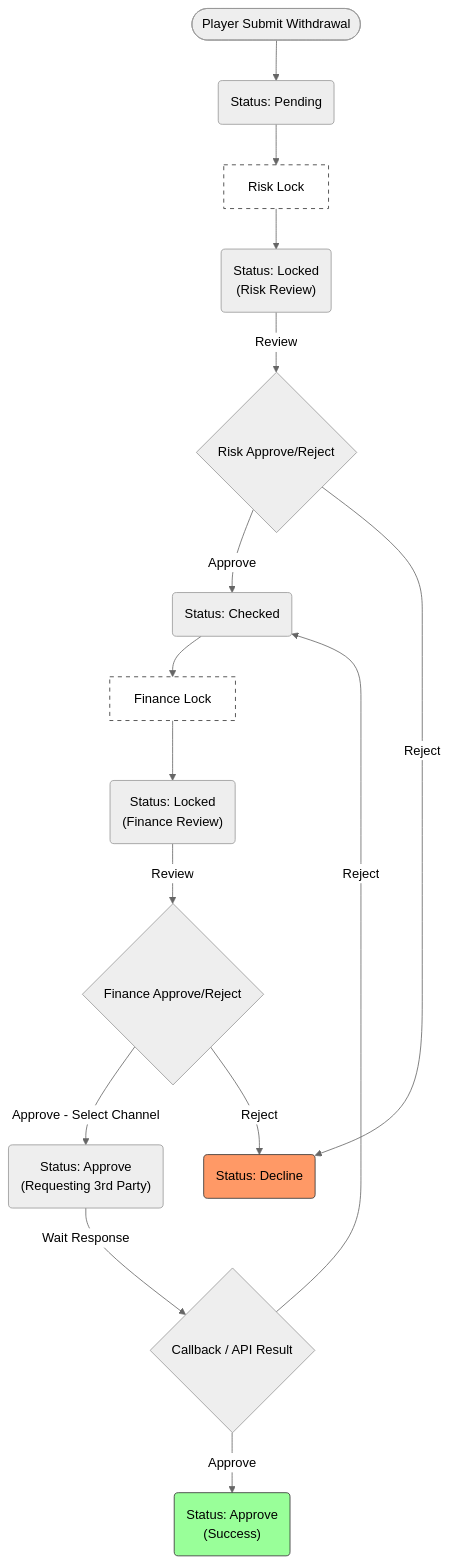
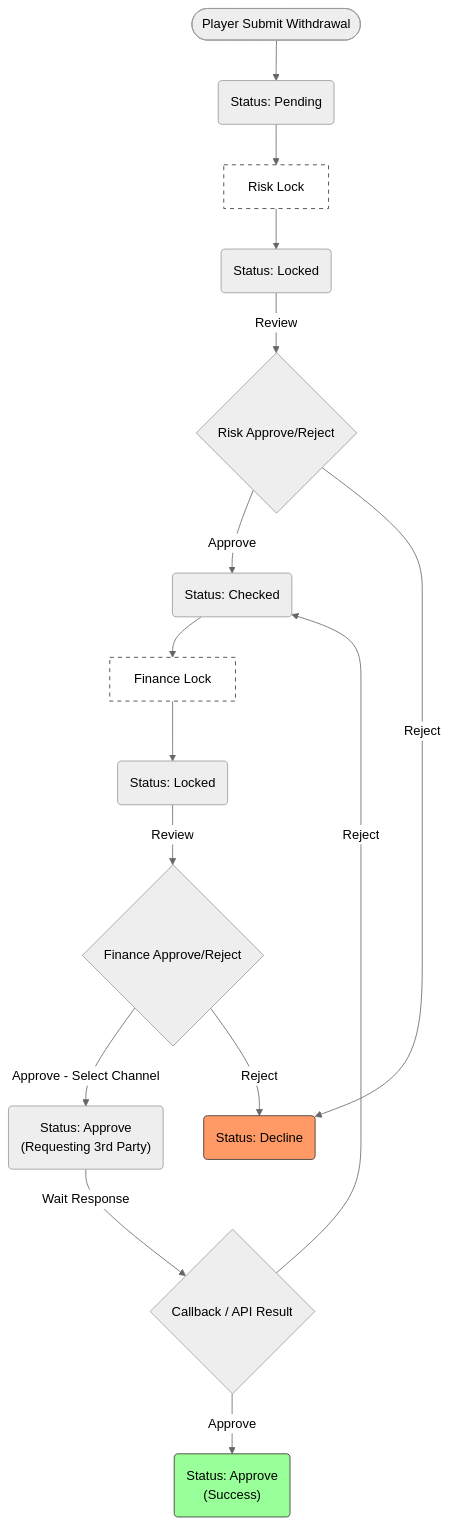
One commit to almightyken0425/SuSuGiGiSpec changed the first of 2 diagrams in no99_archive/sitflowchart.md. Above: the diagram before and after it, drawn with Mermaid (neutral theme). The commit also changed other lines of this file, not shown here.

````diff
--- a/no99_archive/sitflowchart.md
+++ b/no99_archive/sitflowchart.md
@@ -29,50 +29,50 @@
 ```mermaid
 graph TD
     %% 節點定義
     Start(["Player Submit Withdrawal"])
     Pending("Status: Pending")
     
     RiskLockActionBox["Risk Lock"]
-    RiskLock("Status: Locked<br/>(Risk Review)")
+    RiskLock("Status: Locked")
     
     RiskAction{"Risk Approve/Reject"}
     Checked("Status: Checked")
     
     FinanceLockActionBox["Finance Lock"]
-    FinanceLock("Status: Locked<br/>(Finance Review)")
+    FinanceLock("Status: Locked")
     
     FinanceAction{"Finance Approve/Reject"}
     ApproveReq("Status: Approve<br/>(Requesting 3rd Party)")
     Decline("Status: Decline")
     Success("Status: Approve<br/>(Success)")
     Callback{"Callback / API Result"}
 
     Start --> Pending
     
     Pending --> RiskLockActionBox
     RiskLockActionBox --> RiskLock
     
     RiskLock -->|"Review"| RiskAction
     
     RiskAction -->|"Approve"| Checked
     
     Checked --> FinanceLockActionBox
     FinanceLockActionBox --> FinanceLock
     
     FinanceLock -->|"Review"| FinanceAction
     
     FinanceAction -->|"Approve - Select Channel"| ApproveReq
 
     RiskAction -->|"Reject"| Decline
     FinanceAction -->|"Reject"| Decline
     
     ApproveReq -->|"Wait Response"| Callback
 
     Callback -->|"Approve"| Success
     Callback -->|"Reject"| Checked
 
     style Decline fill:#f96,stroke:#333
     style Success fill:#9f9,stroke:#333
     style RiskLockActionBox fill:#fff,stroke:#333,stroke-dasharray: 5 5
     style FinanceLockActionBox fill:#fff,stroke:#333,stroke-dasharray: 5 5
 ```
````
